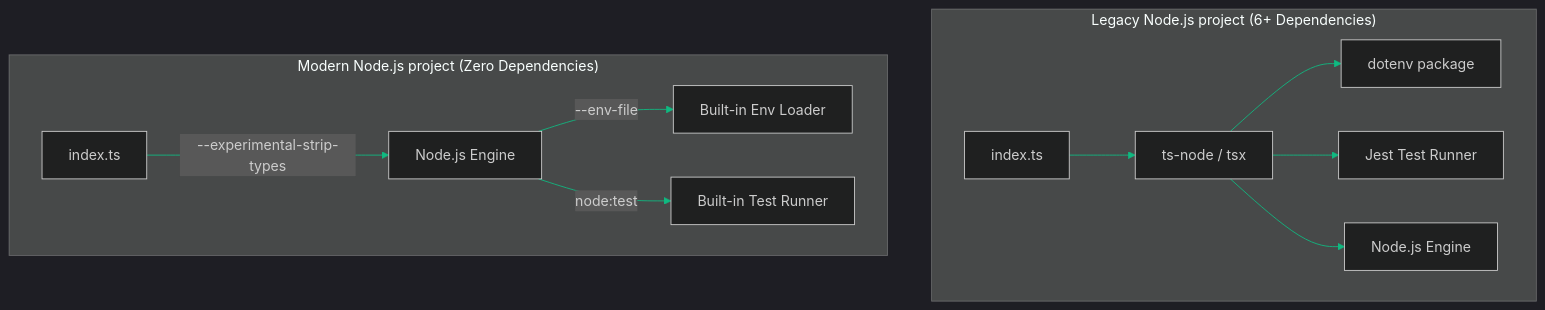
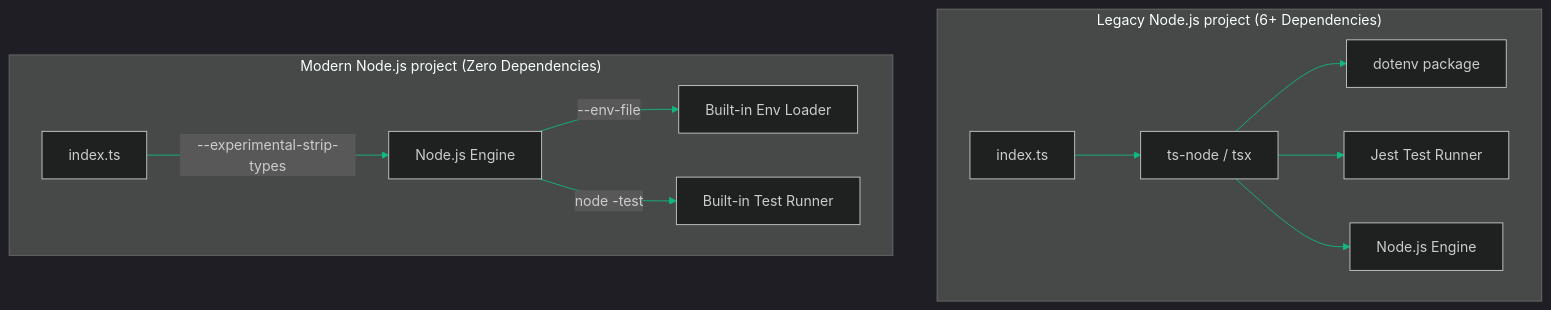
One commit to akmalkhaniub/akmalkhaniub.github.io changed the diagram in blog/posts/nodejs-native-evolution-tooling.md. Above: the diagram before and after it, drawn with Mermaid. The commit also changed 411 other files, not shown here.

````diff
--- a/blog/posts/nodejs-native-evolution-tooling.md
+++ b/blog/posts/nodejs-native-evolution-tooling.md
@@ -18,16 +18,16 @@
 ```mermaid
 %%{init: {'theme': 'dark', 'themeVariables': { 'primaryColor': '#10b981', 'primaryTextColor': '#f3f4f6', 'primaryBorderColor': '#34d399', 'lineColor': '#10b981', 'secondaryColor': '#111827', 'tertiaryColor': '#0b0f19'}}}%%
 flowchart TD
     subgraph SG1_LegacyNodeJs ["Legacy Node.js project (6+ Dependencies)"]
         SourceOld[index.ts] --> tsnode[ts-node / tsx]
         tsnode --> dotenv[dotenv package]
         tsnode --> jest[Jest Test Runner]
         tsnode --> NodeRuntimeOld[Node.js Engine]
     end
 
     subgraph SG2_ModernNodeJs ["Modern Node.js project (Zero Dependencies)"]
         SourceNew[index.ts] -->|--experimental-strip-types| NodeRuntimeNew[Node.js Engine]
         NodeRuntimeNew -->|--env-file| EnvLoader[Built-in Env Loader]
-        NodeRuntimeNew -->|node:test| TestRunner[Built-in Test Runner]
+        NodeRuntimeNew -->|node -test| TestRunner[Built-in Test Runner]
     end
 ```
````
